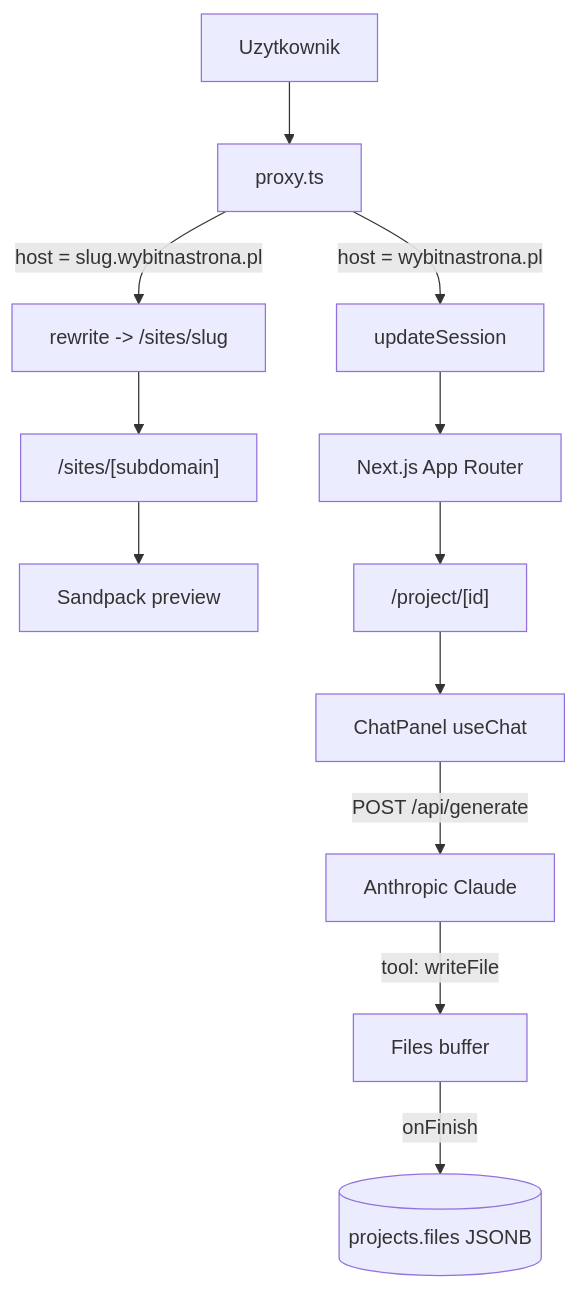
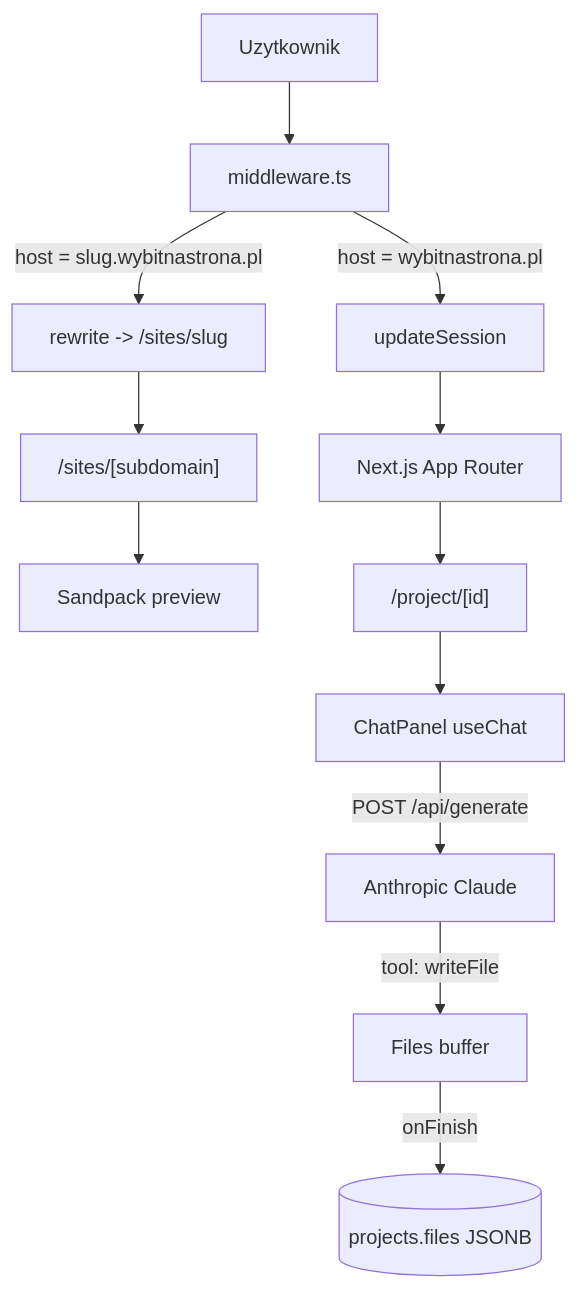
The diagram in README.md (wybitnastrona/wybitnastrona-pl), drawn with Mermaid before and after one commit. The commit also changed other lines of this file and 33 other files, not shown here.

````diff
--- a/README.md
+++ b/README.md
@@ -142,14 +142,14 @@
 ```mermaid
 flowchart TB
-  user[Uzytkownik] --> proxy[proxy.ts]
-  proxy -->|"host = wybitnastrona.pl"| supabaseRefresh[updateSession]
-  proxy -->|"host = slug.wybitnastrona.pl"| rewrite["rewrite -> /sites/slug"]
+  user[Uzytkownik] --> mw[middleware.ts]
+  mw -->|"host = wybitnastrona.pl"| supabaseRefresh[updateSession]
+  mw -->|"host = slug.wybitnastrona.pl"| rewrite["rewrite -> /sites/slug"]
   supabaseRefresh --> nextApp[Next.js App Router]
   rewrite --> sitesRoute["/sites/[subdomain]"]
   sitesRoute --> sandpackPreview[Sandpack preview]
   nextApp --> projectDetail["/project/[id]"]
   projectDetail --> chat[ChatPanel useChat]
   chat -->|"POST /api/generate"| claude[Anthropic Claude]
   claude -->|"tool: writeFile"| filesBuffer[Files buffer]
   filesBuffer -->|"onFinish"| supabaseDB[(projects.files JSONB)]
 ```
````
